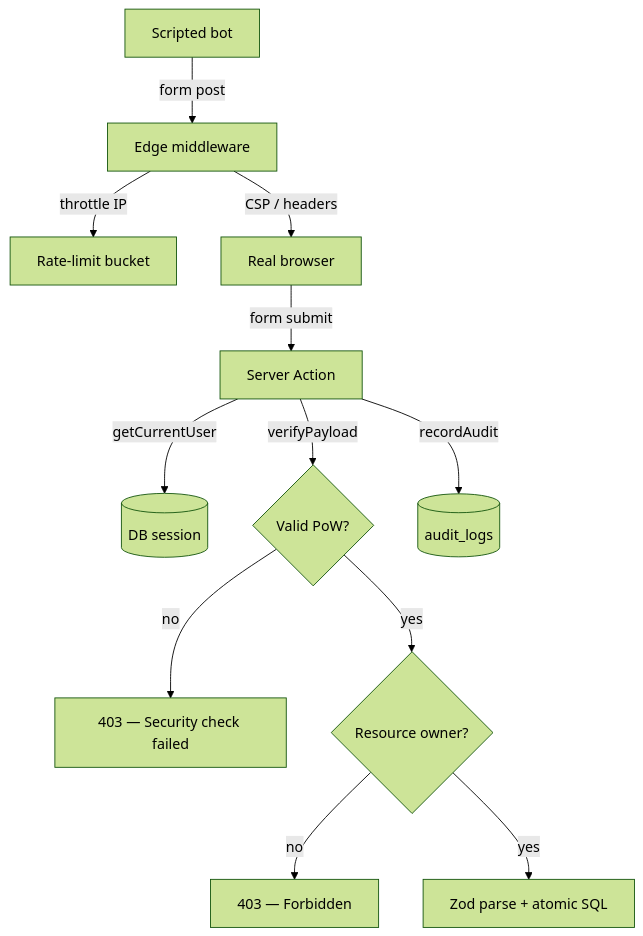
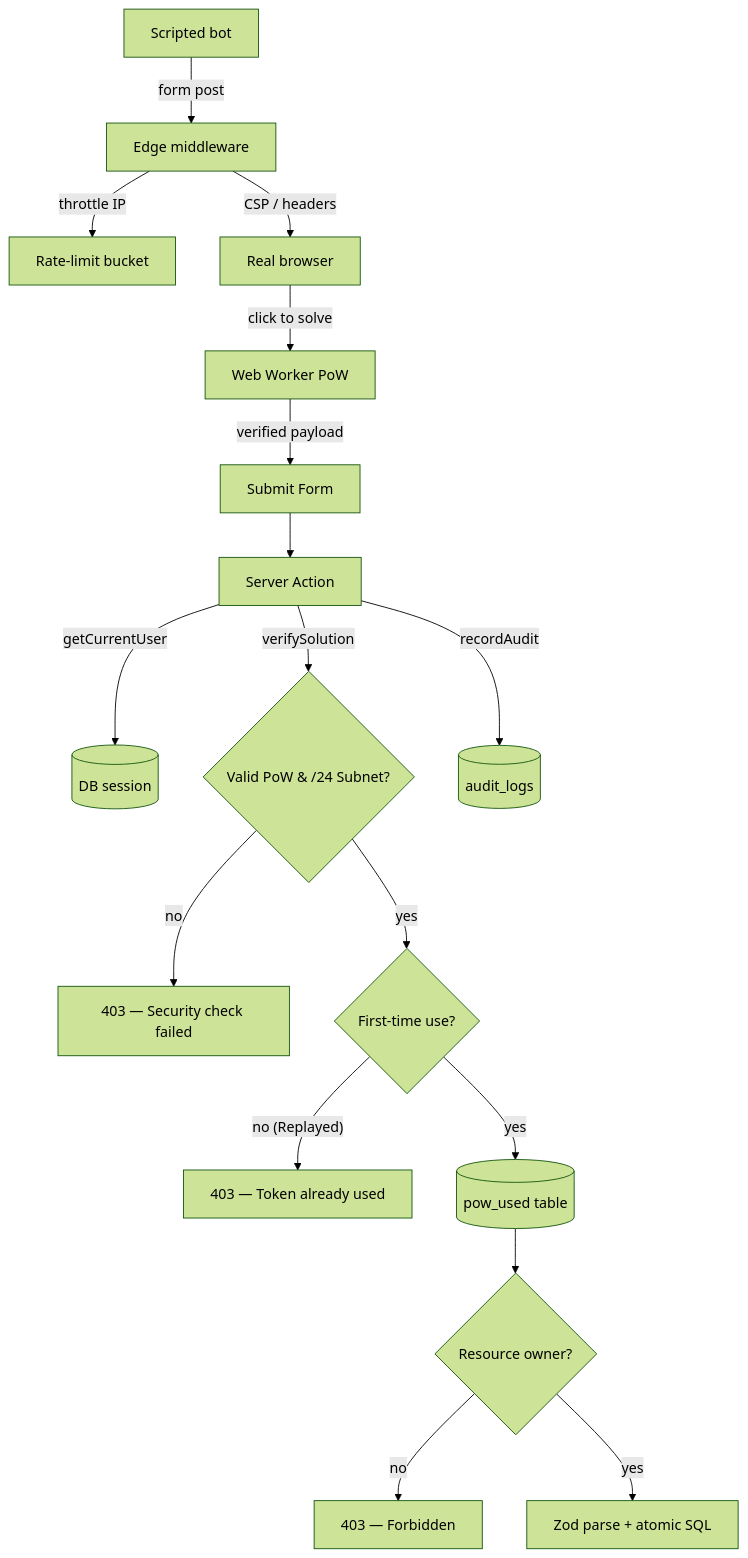
Before and after one commit to PrivMITLab/aalm-vastralay: the second of 4 diagrams in docs/architecture.md, drawn with Mermaid (forest theme). The commit also changed other lines of this file and 13 other files, not shown here.

````diff
--- a/docs/architecture.md
+++ b/docs/architecture.md
@@ -21,14 +21,19 @@
 ```mermaid
 flowchart TD
   Bot[Scripted bot] -->|form post| Edge[Edge middleware]
   Edge -->|throttle IP| Middleware[Rate-limit bucket]
   Edge -->|CSP / headers| Browser[Real browser]
-  Browser -->|form submit| Action[Server Action]
+  Browser -->|click to solve| Solve[Web Worker PoW]
+  Solve -->|verified payload| FormSubmit[Submit Form]
+  FormSubmit --> Action[Server Action]
   Action -->|getCurrentUser| Session[(DB session)]
-  Action -->|verifyPayload| PoW{Valid PoW?}
+  Action -->|verifySolution| PoW{Valid PoW & /24 Subnet?}
   PoW -- no --> Reject[403 — Security check failed]
-  PoW -- yes --> Owner{Resource owner?}
+  PoW -- yes --> AntiReplay{First-time use?}
+  AntiReplay -- no (Replayed) --> ReplayReject[403 — Token already used]
+  AntiReplay -- yes --> StoreToken[(pow_used table)]
+  StoreToken --> Owner{Resource owner?}
   Owner -- no --> Deny[403 — Forbidden]
   Owner -- yes --> Mutual[Zod parse + atomic SQL]
   Action -->|recordAudit| Audit[(audit_logs)]
 ```
````
